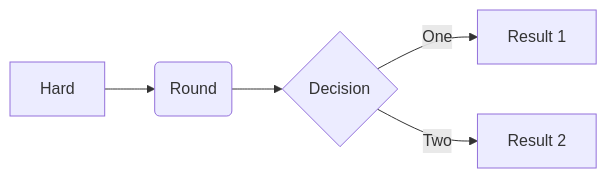
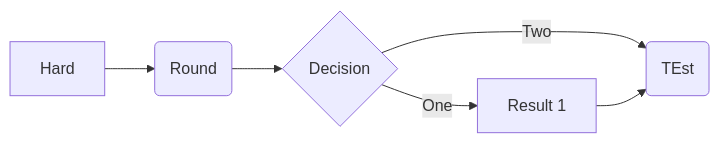
One commit to dienercn/rune changed the diagram in README.md. Above: the diagram before and after it, drawn with Mermaid.

````diff
--- a/README.md
+++ b/README.md
@@ -1,8 +1,9 @@
 ```mermaid
   flowchart LR
 
   A[Hard] --> B(Round)
   B --> C{Decision}
   C -->|One| D[Result 1]
   C -->|Two| E[Result 2]
+  D --> E(TEst)
 ```
````
